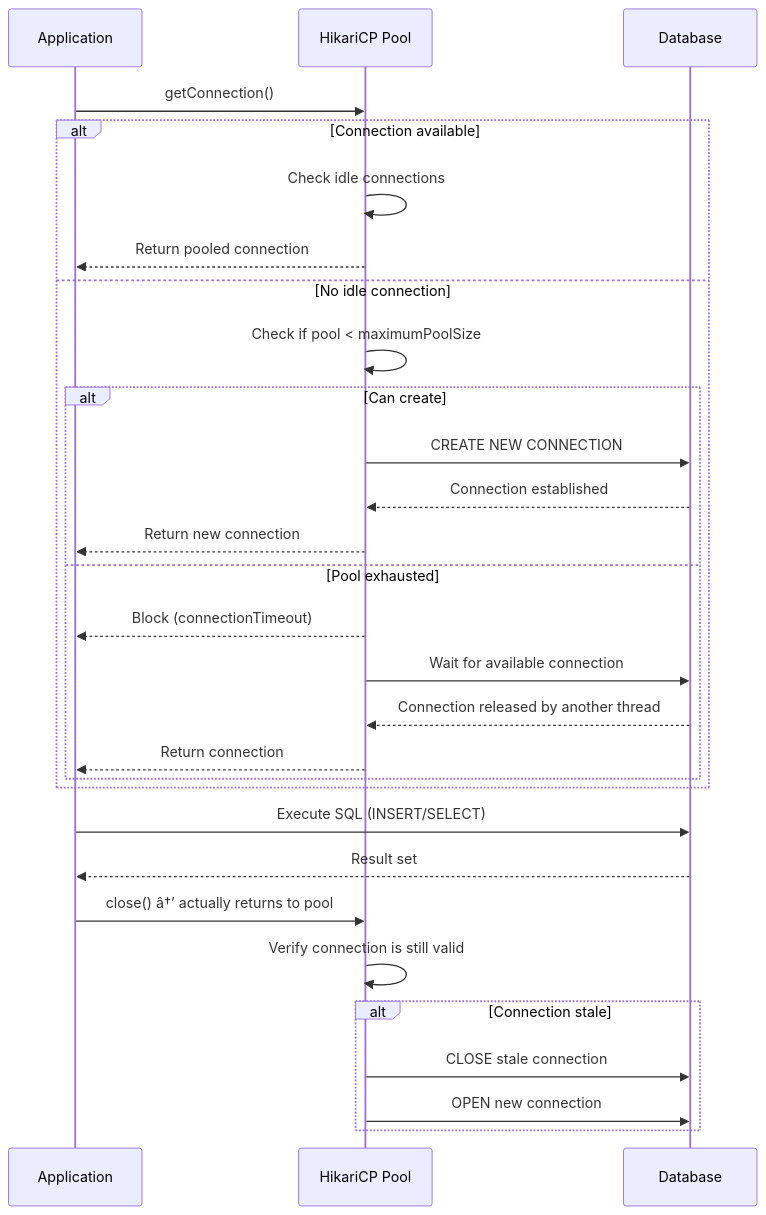
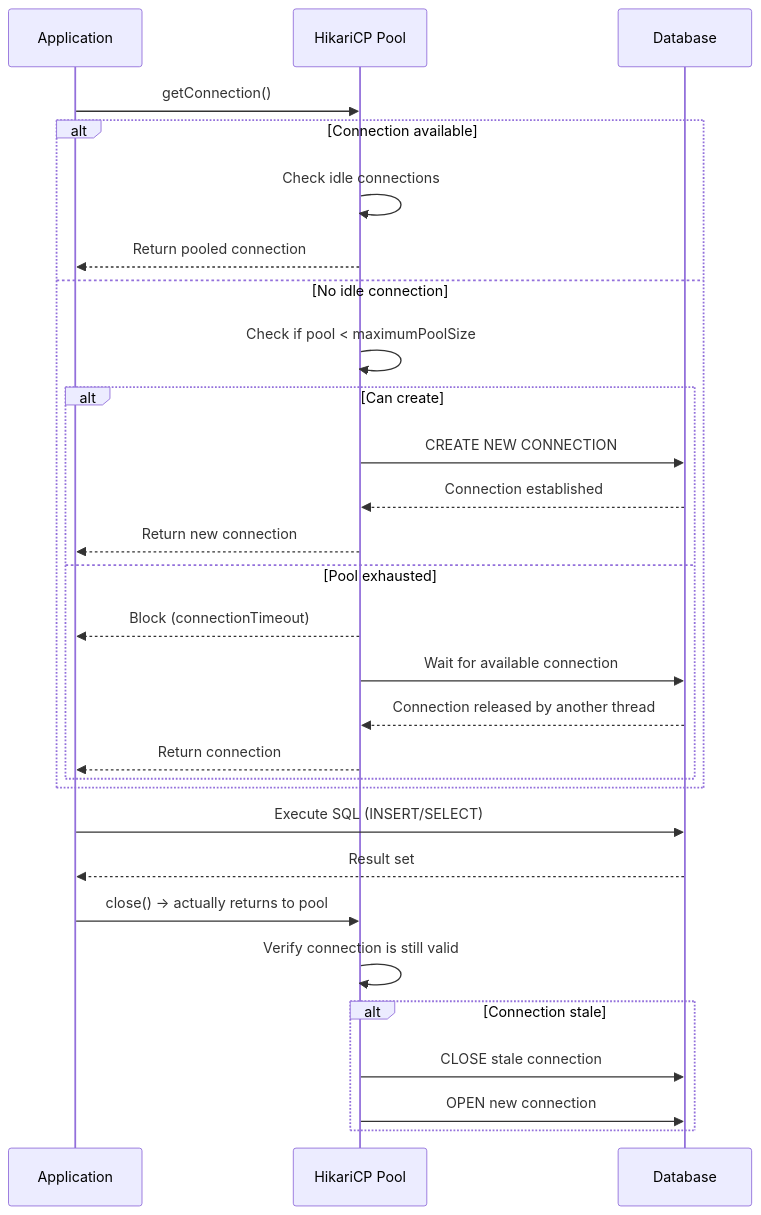
Before and after one commit to Raushan666java/ai-engineering-journey: the second of 4 diagrams in docs/courses/java/59-interview-databases-a.md, drawn with Mermaid. The commit also changed other lines of this file and 965 other files, not shown here.

````diff
--- a/docs/courses/java/59-interview-databases-a.md
+++ b/docs/courses/java/59-interview-databases-a.md
@@ -836,34 +836,34 @@
 ```mermaid
 sequenceDiagram
     participant App as Application
     participant CP as HikariCP Pool
     participant DB as Database
 
     App->>CP: getConnection()
     alt Connection available
         CP->>CP: Check idle connections
         CP-->>App: Return pooled connection
     else No idle connection
         CP->>CP: Check if pool < maximumPoolSize
         alt Can create
             CP->>DB: CREATE NEW CONNECTION
             DB-->>CP: Connection established
             CP-->>App: Return new connection
         else Pool exhausted
             CP-->>App: Block (connectionTimeout)
             CP->>DB: Wait for available connection
             DB-->>CP: Connection released by another thread
             CP-->>App: Return connection
         end
     end
 
     App->>DB: Execute SQL (INSERT/SELECT)
     DB-->>App: Result set
 
-    App->>CP: close() â†’ actually returns to pool
+    App->>CP: close() → actually returns to pool
     CP->>CP: Verify connection is still valid
     alt Connection stale
         CP->>DB: CLOSE stale connection
         CP->>DB: OPEN new connection
     end
 ```
````
